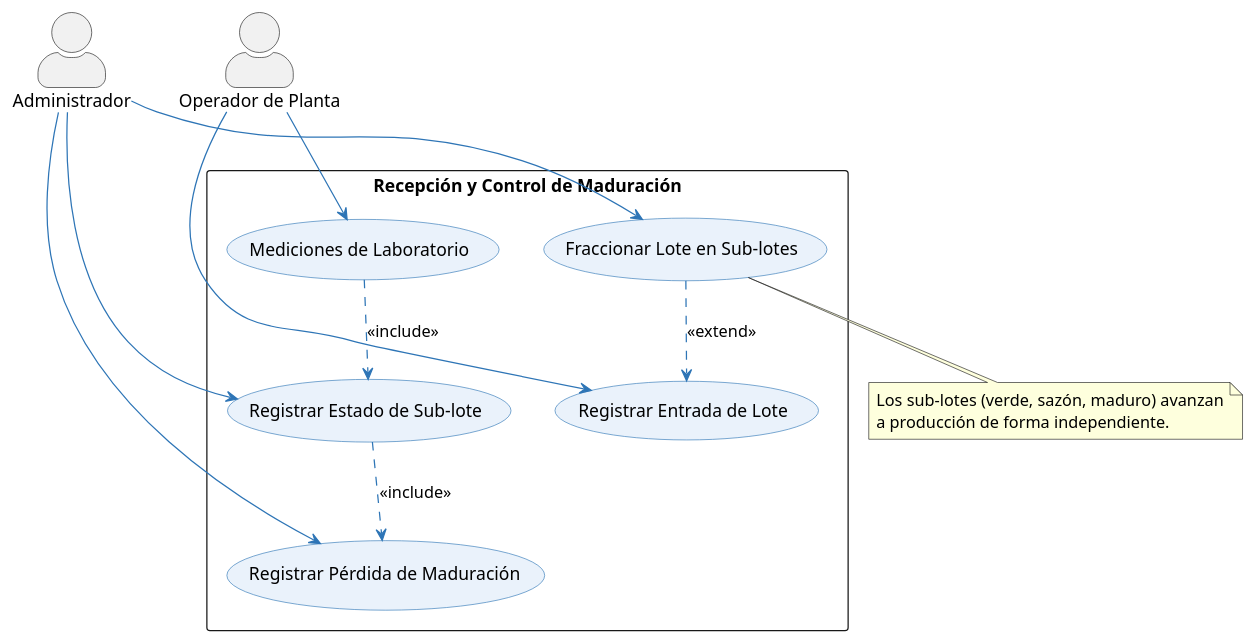
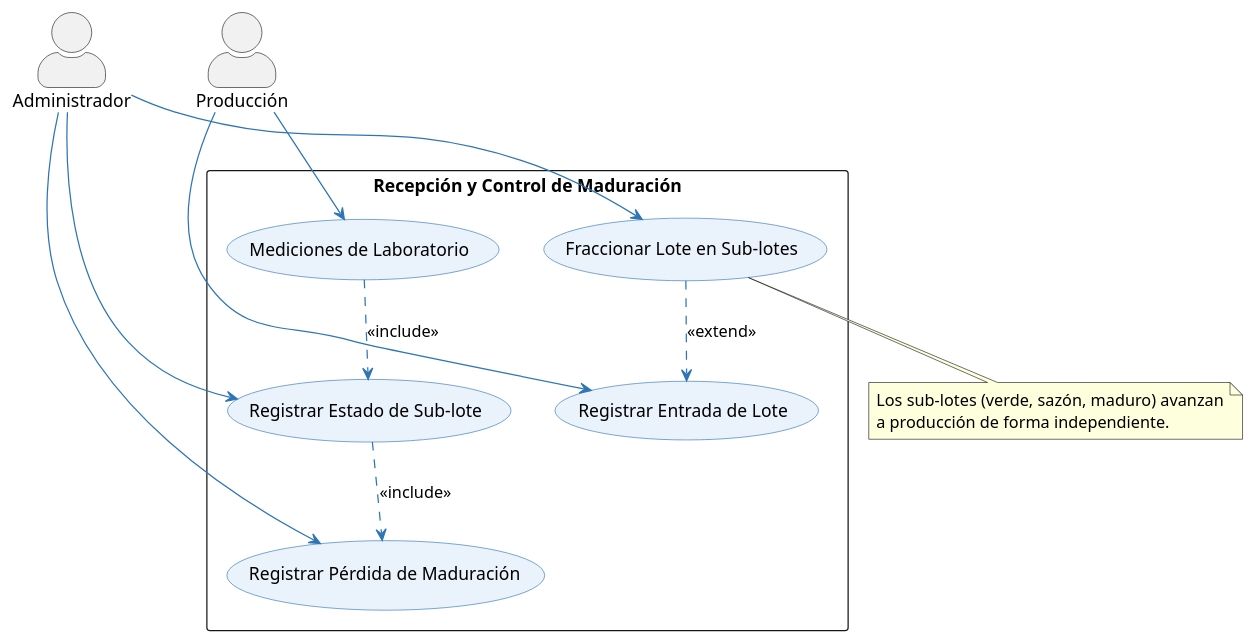
Before and after one commit to DecosUniversity/distri_yaneth_backend: the diagram in diagramas/casos_de_uso/cu002_caso_de_uso.puml, drawn with PlantUML. The commit also changed 27 other files, not shown here.

First line of the commit message:
docs: alinea los diagramas de la tesis con el sistema real

```diff
--- a/diagramas/casos_de_uso/cu002_caso_de_uso.puml
+++ b/diagramas/casos_de_uso/cu002_caso_de_uso.puml
@@ -1,38 +1,38 @@
 @startuml cu002_caso_de_uso
 ' CU002 - Recepción y Control de Maduración (REQ002)
 skinparam packageStyle rectangle
 skinparam actorStyle awesome
 skinparam usecase {
   BackgroundColor #EAF2FB
   BorderColor #2E75B6
   ArrowColor #2E75B6
 }
 top to bottom direction
 
 actor "Administrador" as Admin
-actor "Operador de Planta" as Operador
+actor "Producción" as Operador
 
 rectangle "Recepción y Control de Maduración" {
   usecase "Registrar Entrada de Lote" as UC_Entrada
   usecase "Fraccionar Lote en Sub-lotes" as UC_Fraccionar
   usecase "Mediciones de Laboratorio" as UC_Lab
   usecase "Registrar Estado de Sub-lote" as UC_EstadoSub
   usecase "Registrar Pérdida de Maduración" as UC_Perdida
 }
 
 Operador --> UC_Entrada
 Operador --> UC_Lab
 Admin --> UC_Fraccionar
 Admin --> UC_EstadoSub
 Admin --> UC_Perdida
 
 UC_Fraccionar ..> UC_Entrada : <<extend>>
 UC_Lab ..> UC_EstadoSub : <<include>>
 UC_EstadoSub ..> UC_Perdida : <<include>>
 
 note bottom of UC_Fraccionar
   Los sub-lotes (verde, sazón, maduro) avanzan
   a producción de forma independiente.
 end note
 
 @enduml
```
